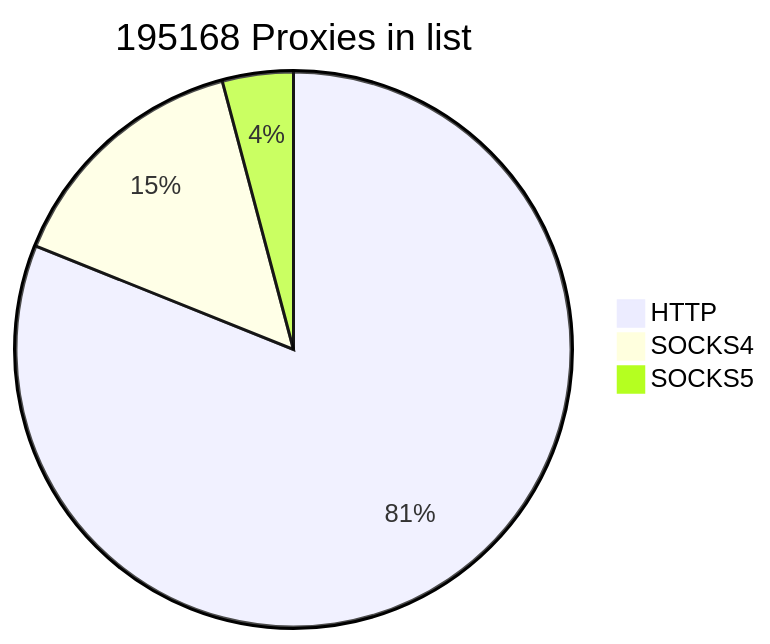
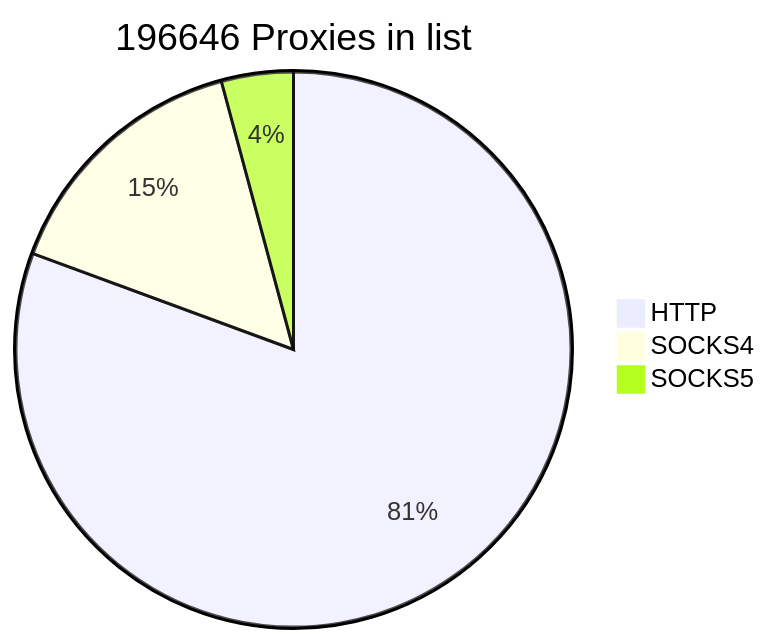
Before and after one commit to cutipu/proxylist: the first of 2 diagrams in README.md, drawn with Mermaid. The commit also changed other lines of this file, not shown here.

````diff
--- a/README.md
+++ b/README.md
@@ -2,7 +2,7 @@
 ```mermaid
-pie title 195168 Proxies in list
-    "HTTP" : 158241
-    "SOCKS4" : 28870
-    "SOCKS5" : 8057
+pie title 196646 Proxies in list
+    "HTTP" : 158521
+    "SOCKS4" : 29904
+    "SOCKS5" : 8221
             
 ```
````
